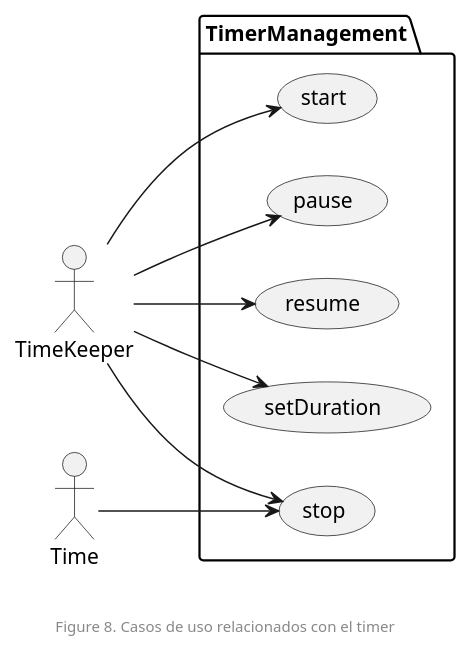
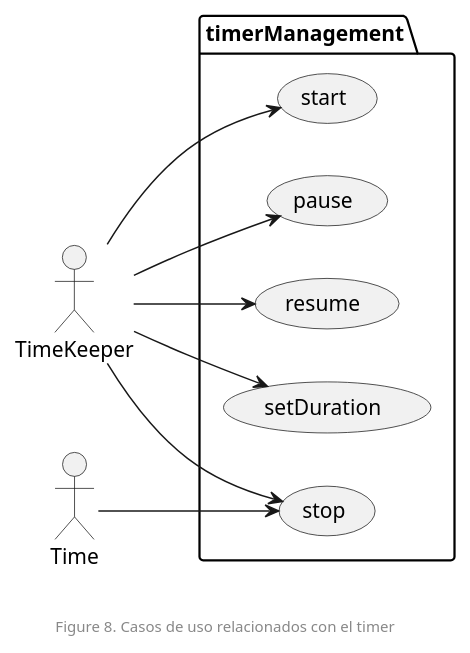
The diagram in documentation/diagrams/1_requirements/1_usecases/timer.puml (zuldare/mastercloud_pfm_halterocms), drawn with PlantUML before and after one commit. The commit also changed 5 other files, not shown here.

```diff
--- a/documentation/diagrams/1_requirements/1_usecases/timer.puml
+++ b/documentation/diagrams/1_requirements/1_usecases/timer.puml
@@ -1,20 +1,20 @@
 @startuml
 left to right direction
 
-package TimerManagement {
+package timerManagement {
   usecase start
   usecase pause
   usecase resume
   usecase setDuration
   usecase stop
 }
 
 TimeKeeper --> start
 TimeKeeper --> pause
 TimeKeeper --> resume
 TimeKeeper --> stop
 TimeKeeper --> setDuration
 Time --> stop
 
 footer \n\nFigure 8. Casos de uso relacionados con el timer
 @enduml
```
